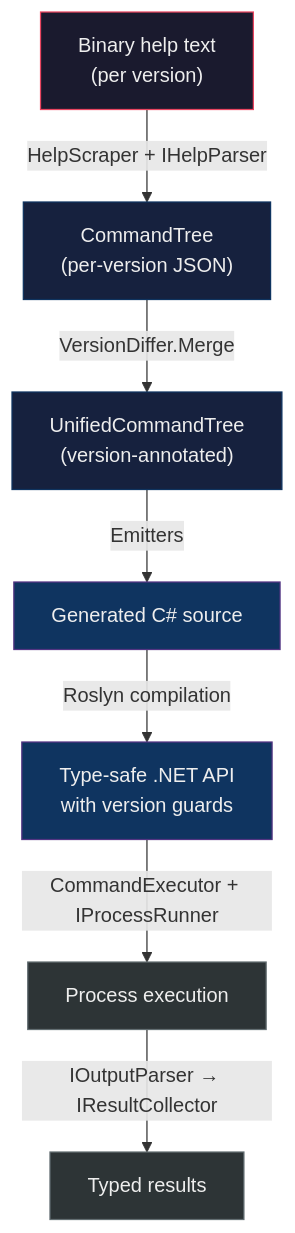
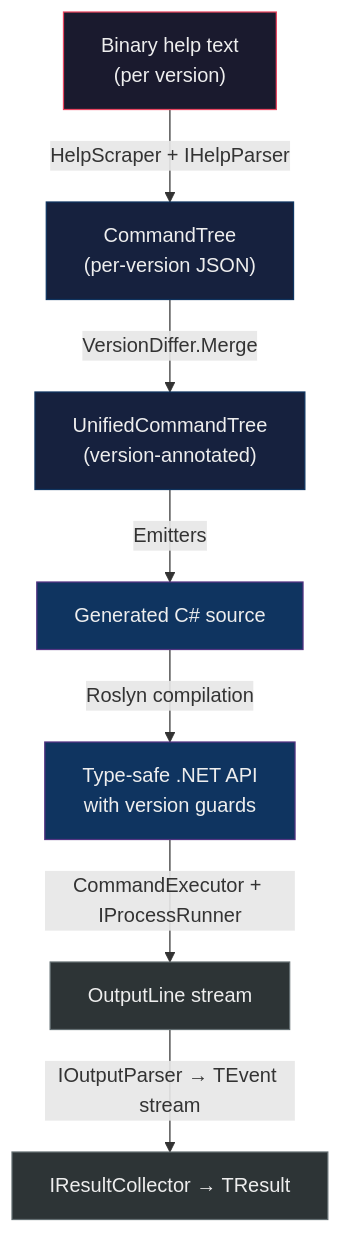
Before and after one commit to FrenchExDev/FrenchExDev: diagram 14 of 14 in Net/FrenchExDev/BinaryWrapper/doc/ARCHITECTURE.md, drawn with Mermaid. The commit also changed other lines of this file and 29723 other files, not shown here.

````diff
--- a/Net/FrenchExDev/BinaryWrapper/doc/ARCHITECTURE.md
+++ b/Net/FrenchExDev/BinaryWrapper/doc/ARCHITECTURE.md
@@ -902,17 +1102,17 @@
 ```mermaid
 flowchart TD
-    A["Binary help text<br/>(per version)"] -->|"HelpScraper + IHelpParser"| B["CommandTree<br/>(per-version JSON)"]
-    B -->|"VersionDiffer.Merge"| C["UnifiedCommandTree<br/>(version-annotated)"]
+    A["Binary help text<br>(per version)"] -->|"HelpScraper + IHelpParser"| B["CommandTree<br>(per-version JSON)"]
+    B -->|"VersionDiffer.Merge"| C["UnifiedCommandTree<br>(version-annotated)"]
     C -->|"Emitters"| D["Generated C# source"]
-    D -->|"Roslyn compilation"| E["Type-safe .NET API<br/>with version guards"]
-    E -->|"CommandExecutor + IProcessRunner"| F["Process execution"]
-    F -->|"IOutputParser → IResultCollector"| G["Typed results"]
+    D -->|"Roslyn compilation"| E["Type-safe .NET API<br>with version guards"]
+    E -->|"CommandExecutor + IProcessRunner"| F["OutputLine stream"]
+    F -->|"IOutputParser → TEvent stream"| G["IResultCollector → TResult"]
 
     style A fill:#1a1a2e,stroke:#e94560,color:#eee
     style B fill:#16213e,stroke:#0f3460,color:#eee
     style C fill:#16213e,stroke:#0f3460,color:#eee
     style D fill:#0f3460,stroke:#533483,color:#eee
     style E fill:#0f3460,stroke:#533483,color:#eee
     style F fill:#2d3436,stroke:#636e72,color:#eee
     style G fill:#2d3436,stroke:#636e72,color:#eee
 ```
````
